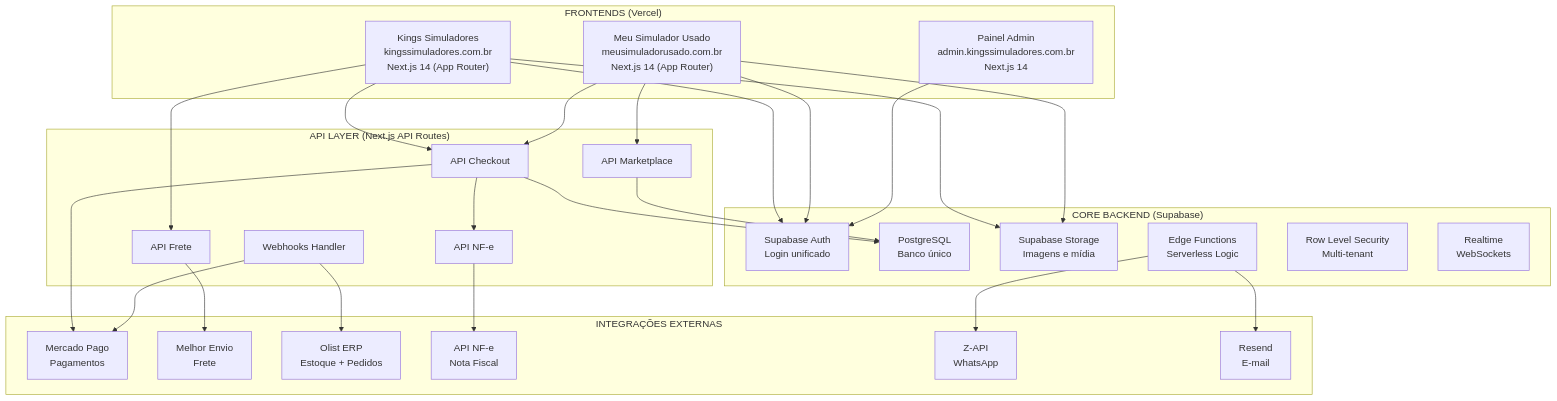
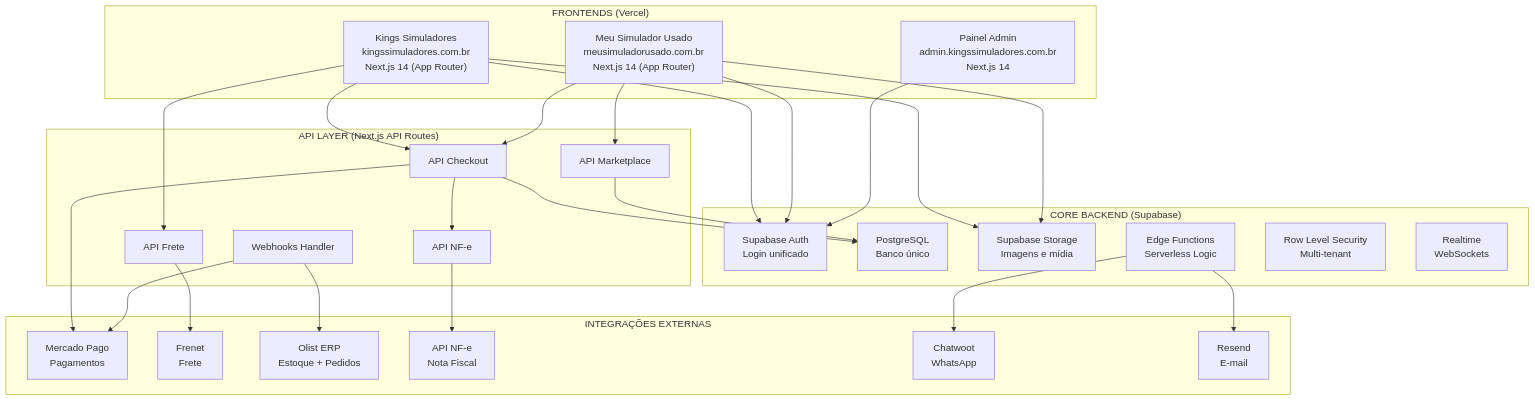
One commit to VictorPombo/KingsSimuladores changed the first of 3 diagrams in BaseProjetoDesenvolvimentoKings.md. Above: the diagram before and after it, drawn with Mermaid. The commit also changed other lines of this file and 25 other files, not shown here.

````diff
--- a/BaseProjetoDesenvolvimentoKings.md
+++ b/BaseProjetoDesenvolvimentoKings.md
@@ -30,54 +30,54 @@
 ```mermaid
 graph TB
     subgraph "FRONTENDS (Vercel)"
         KS["Kings Simuladores<br/>kingssimuladores.com.br<br/>Next.js 14 (App Router)"]
         MSU["Meu Simulador Usado<br/>meusimuladorusado.com.br<br/>Next.js 14 (App Router)"]
         ADMIN["Painel Admin<br/>admin.kingssimuladores.com.br<br/>Next.js 14"]
     end
 
     subgraph "CORE BACKEND (Supabase)"
         AUTH["Supabase Auth<br/>Login unificado"]
         DB["PostgreSQL<br/>Banco único"]
         STORAGE["Supabase Storage<br/>Imagens e mídia"]
         EDGE["Edge Functions<br/>Serverless Logic"]
         RLS["Row Level Security<br/>Multi-tenant"]
         RT["Realtime<br/>WebSockets"]
     end
 
     subgraph "API LAYER (Next.js API Routes)"
         CHECKOUT["API Checkout"]
         MARKETPLACE["API Marketplace"]
         SHIPPING["API Frete"]
         INVOICE["API NF-e"]
         WEBHOOK["Webhooks Handler"]
     end
 
     subgraph "INTEGRAÇÕES EXTERNAS"
         MP["Mercado Pago<br/>Pagamentos"]
-        ME["Melhor Envio<br/>Frete"]
+        ME["Frenet<br/>Frete"]
         OLIST["Olist ERP<br/>Estoque + Pedidos"]
         NF["API NF-e<br/>Nota Fiscal"]
-        ZAPI["Z-API<br/>WhatsApp"]
+        ZAPI["Chatwoot<br/>WhatsApp"]
         EMAIL["Resend<br/>E-mail"]
     end
 
     KS --> AUTH
     MSU --> AUTH
     ADMIN --> AUTH
     KS --> CHECKOUT
     KS --> SHIPPING
     MSU --> MARKETPLACE
     MSU --> CHECKOUT
     CHECKOUT --> MP
     CHECKOUT --> INVOICE
     SHIPPING --> ME
     WEBHOOK --> OLIST
     WEBHOOK --> MP
     INVOICE --> NF
     EDGE --> ZAPI
     EDGE --> EMAIL
     CHECKOUT --> DB
     MARKETPLACE --> DB
     KS --> STORAGE
     MSU --> STORAGE
 ```
````
